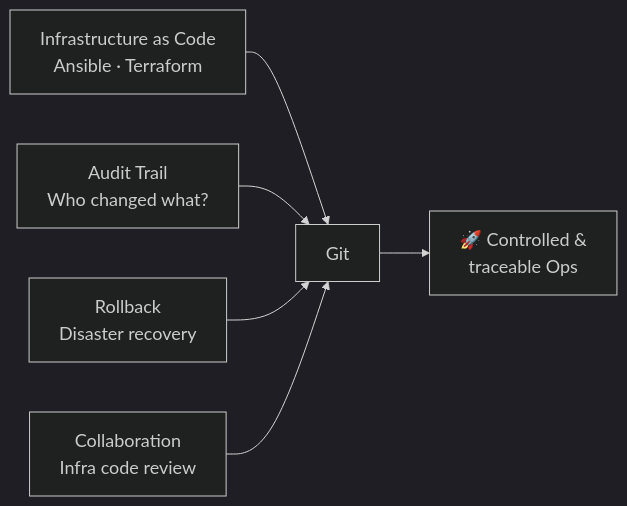
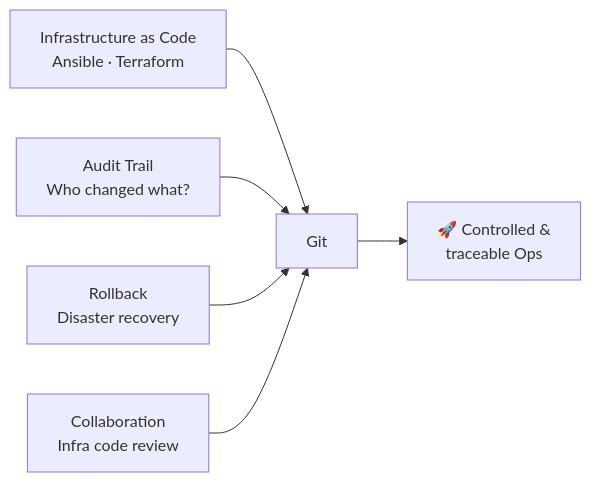
One commit to jcorteslinkare/gitops changed the first of 6 diagrams in SLIDES.md. Above: the diagram before and after it, drawn with Mermaid. The commit also changed other lines of this file, not shown here.

Commit message:
chore: enable invert theme and remove redundant mermaid theme configurations in SLIDES.md

````diff
--- a/SLIDES.md
+++ b/SLIDES.md
@@ -55,9 +56,9 @@
 ```mermaid
-%%{init: {"theme": "dark", "themeVariables": {"fontSize":"18px"}, "themeCSS": "svg { background-color: #0d1117; }"}}%%
+
 flowchart LR
   A[Infrastructure as Code\nAnsible · Terraform] --> G[Git]
   B[Audit Trail\nWho changed what?] --> G
   C[Rollback\nDisaster recovery] --> G
   D[Collaboration\nInfra code review] --> G
   G --> E[🚀 Controlled &\ntraceable Ops]
 ```
````
